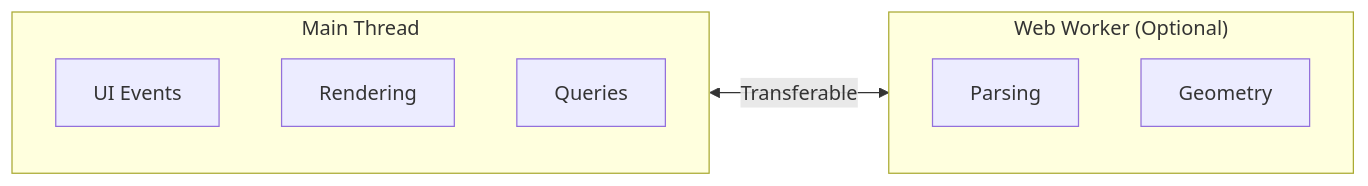
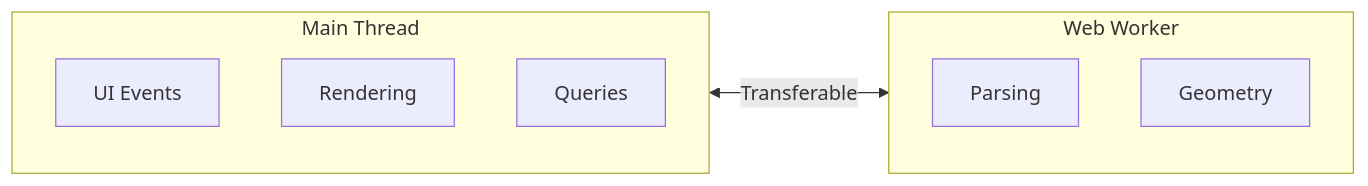
One commit to louistrue/ifc-lite changed diagram 13 of 17 in docs/architecture/overview.md. Above: the diagram before and after it, drawn with Mermaid. The commit also changed other lines of this file and 7 other files, not shown here.

First line of the commit message:
docs: comprehensive update for server architecture, IFC5 support, and new features

````diff
--- a/docs/architecture/overview.md
+++ b/docs/architecture/overview.md
@@ -293,15 +464,15 @@
 ```mermaid
 flowchart LR
     subgraph Main["Main Thread"]
         UI["UI Events"]
         Render["Rendering"]
         Query["Queries"]
     end
 
-    subgraph Worker["Web Worker (Optional)"]
+    subgraph Worker["Web Worker"]
         Parse["Parsing"]
         Geo["Geometry"]
     end
 
     Main <-->|"Transferable"| Worker
 ```
````
